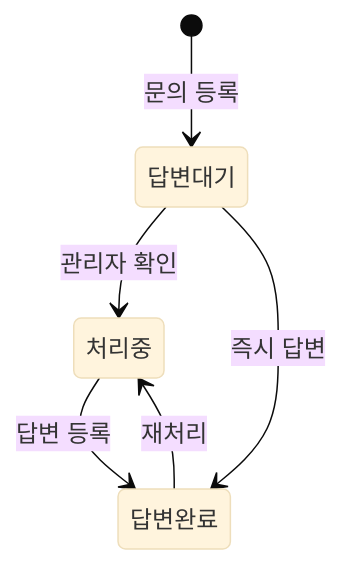
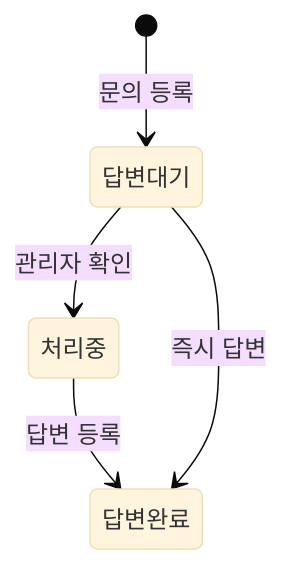
Before and after one commit to SKNETWORKS-FAMILY-AICAMP/SKN28-4TH-2TEAM: the diagram in docs/frontend_wireframes_inquiry.md, drawn with Mermaid (base theme). The commit also changed other lines of this file and 11 other files, not shown here.

````diff
--- a/docs/frontend_wireframes_inquiry.md
+++ b/docs/frontend_wireframes_inquiry.md
@@ -98,8 +41,7 @@
 ```mermaid
 stateDiagram-v2
     [*] --> 답변대기 : 문의 등록
     답변대기 --> 처리중 : 관리자 확인
     처리중 --> 답변완료 : 답변 등록
     답변대기 --> 답변완료 : 즉시 답변
-    답변완료 --> 처리중 : 재처리
 ```
````
